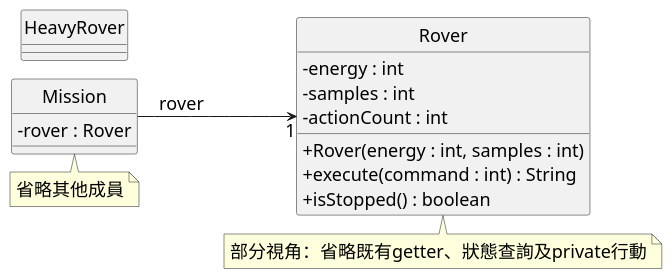
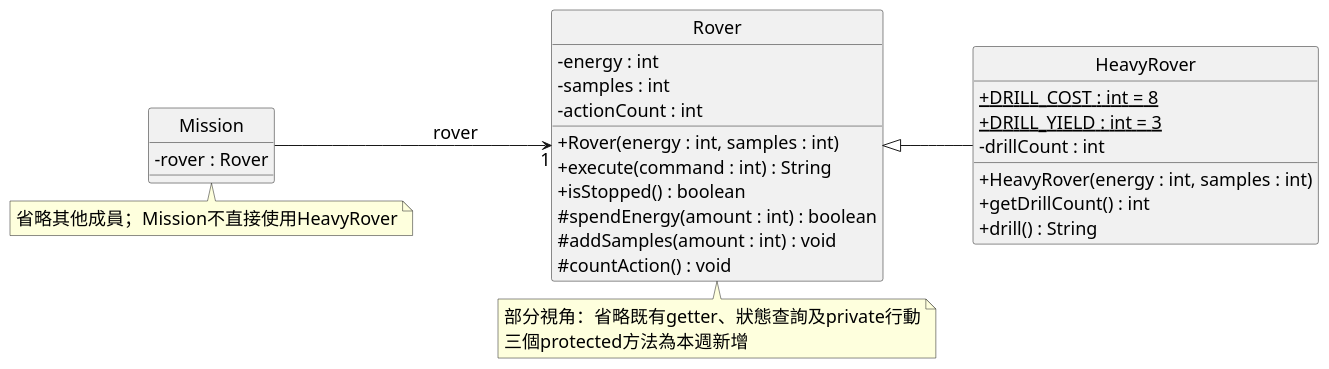
Before and after one commit to Bonnietang2233/115_1_Java: the diagram in 115.11.20/diagrams/heavy_practice.puml, drawn with PlantUML. The commit also changed 7 other files, not shown here.

```diff
--- a/115.11.20/diagrams/heavy_practice.puml
+++ b/115.11.20/diagrams/heavy_practice.puml
@@ -1,27 +1,37 @@
 @startuml
 !pragma layout smetana
 skinparam classAttributeIconSize 0
 skinparam defaultFontName Microsoft JhengHei
 skinparam defaultFontSize 18
 hide circle
 left to right direction
 class Rover {
   - energy : int
   - samples : int
   - actionCount : int
   + Rover(energy : int, samples : int)
   + execute(command : int) : String
   + isStopped() : boolean
-  ' 補三個本週新增的protected方法
+  # spendEnergy(amount : int) : boolean
+  # addSamples(amount : int) : void
+  # countAction() : void
 }
 class HeavyRover {
-  ' 補常數、自己的欄位、建構子與兩個方法
+  + {static} DRILL_COST : int = 8
+  + {static} DRILL_YIELD : int = 3
+  - drillCount : int
+  + HeavyRover(energy : int, samples : int)
+  + getDrillCount() : int
+  + drill() : String
 }
 class Mission {
   - rover : Rover
 }
 Mission --> "1" Rover : rover
-' 補繼承線，三角形指向父類別
-note bottom of Rover : 部分視角：省略既有getter、狀態查詢及private行動
-note bottom of Mission : 省略其他成員
+Rover <|-- HeavyRover
+note bottom of Rover
+部分視角：省略既有getter、狀態查詢及private行動
+三個protected方法為本週新增
+end note
+note bottom of Mission : 省略其他成員；Mission不直接使用HeavyRover
 @enduml
```
